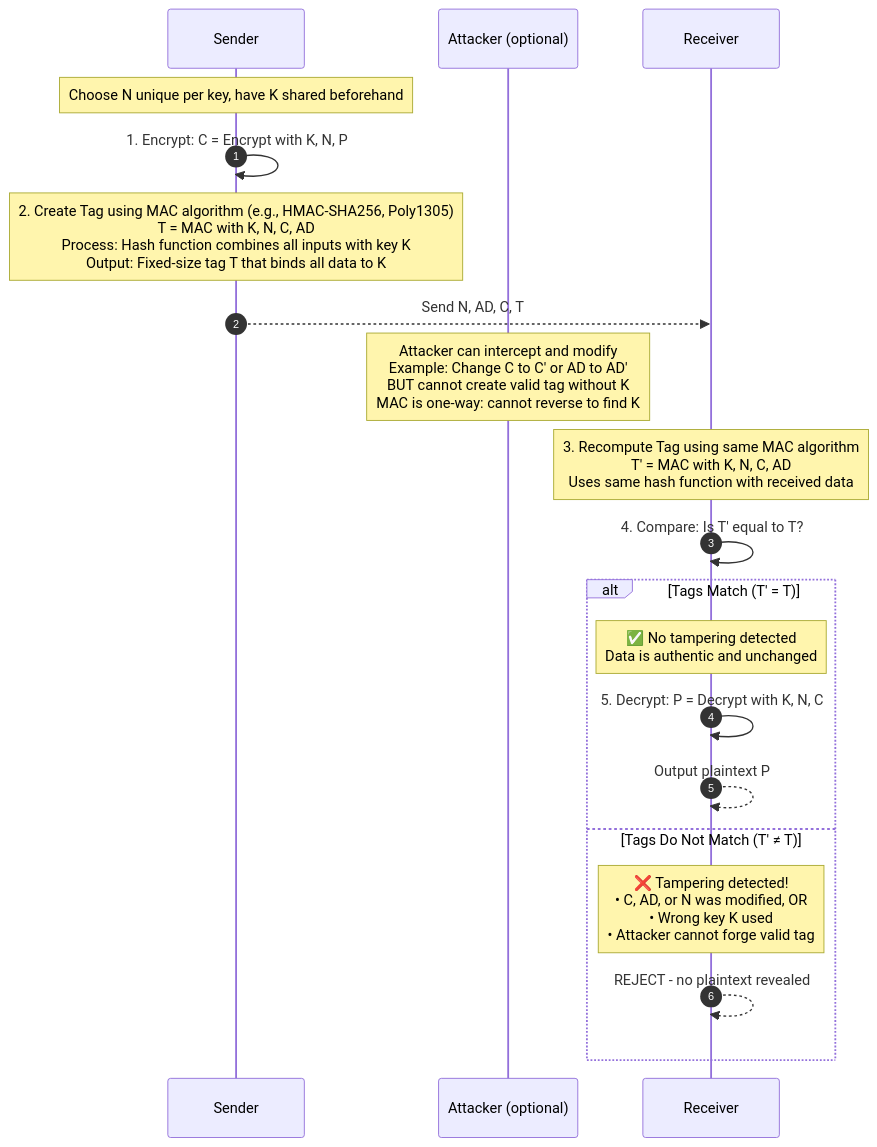
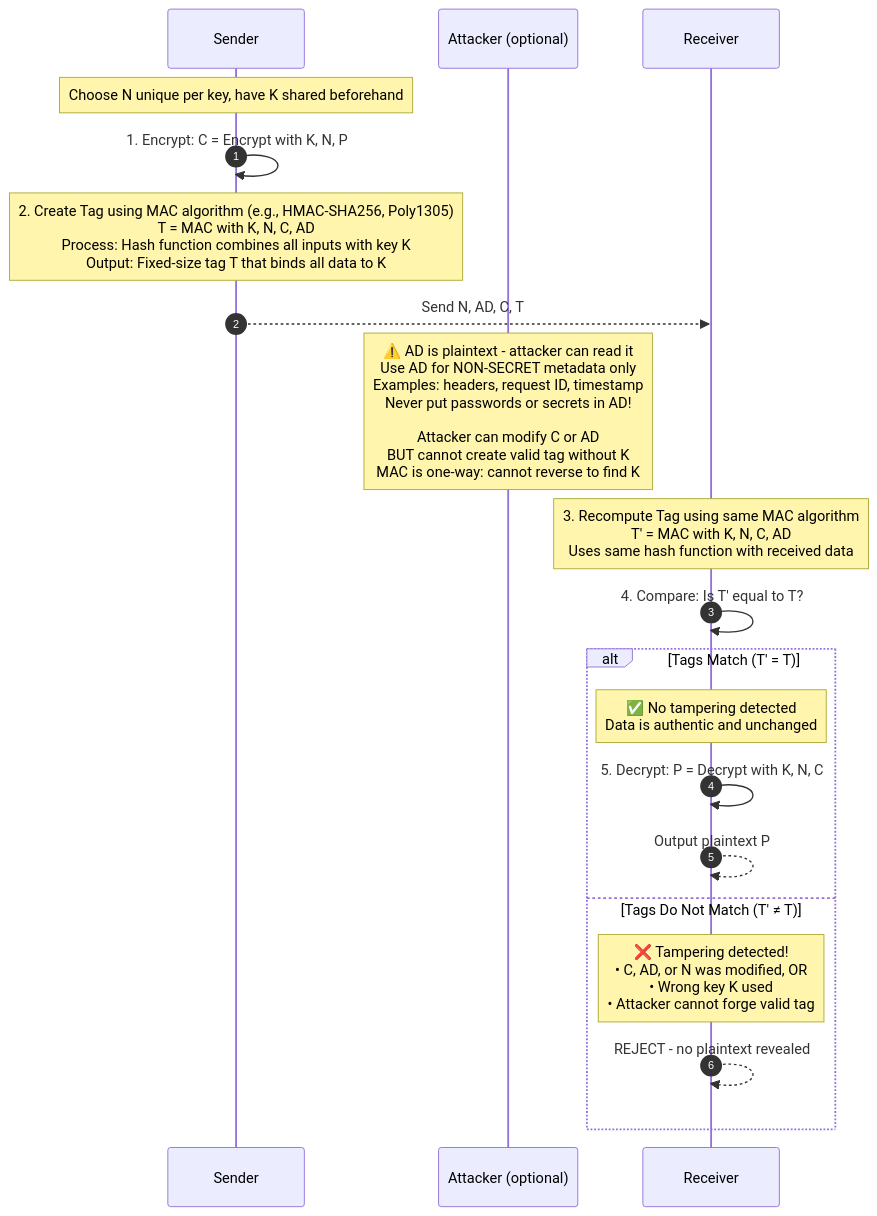
One commit to irahulsawhney/crypto-concepts changed the diagram in diagrams/04-aead-sequence.mmd. Above: the diagram before and after it, drawn with Mermaid. The commit also changed 1 other file, not shown here.

Commit message:
Clarify that AD is plaintext and explain why it's not a security risk

```diff
--- a/diagrams/04-aead-sequence.mmd
+++ b/diagrams/04-aead-sequence.mmd
@@ -1,27 +1,27 @@
 %% AEAD Sequence Diagram - Encryption and Verification Flow
 sequenceDiagram
   autonumber
   participant S as Sender
   participant A as Attacker (optional)
   participant R as Receiver
 
   Note over S: Choose N unique per key, have K shared beforehand
   
   S->>S: 1. Encrypt: C = Encrypt with K, N, P
   Note over S: 2. Create Tag using MAC algorithm (e.g., HMAC-SHA256, Poly1305)<br/>T = MAC with K, N, C, AD<br/>Process: Hash function combines all inputs with key K<br/>Output: Fixed-size tag T that binds all data to K
   
   S-->>R: Send N, AD, C, T
   
-  Note over A: Attacker can intercept and modify<br/>Example: Change C to C' or AD to AD'<br/>BUT cannot create valid tag without K<br/>MAC is one-way: cannot reverse to find K
+  Note over A: ⚠️ AD is plaintext - attacker can read it<br/>Use AD for NON-SECRET metadata only<br/>Examples: headers, request ID, timestamp<br/>Never put passwords or secrets in AD!<br/><br/>Attacker can modify C or AD<br/>BUT cannot create valid tag without K<br/>MAC is one-way: cannot reverse to find K
   
   Note over R: 3. Recompute Tag using same MAC algorithm<br/>T' = MAC with K, N, C, AD<br/>Uses same hash function with received data
   R->>R: 4. Compare: Is T' equal to T?
   
   alt Tags Match (T' = T)
     Note over R: ✅ No tampering detected<br/>Data is authentic and unchanged
     R->>R: 5. Decrypt: P = Decrypt with K, N, C
     R-->>R: Output plaintext P
   else Tags Do Not Match (T' ≠ T)
     Note over R: ❌ Tampering detected!<br/>• C, AD, or N was modified, OR<br/>• Wrong key K used<br/>• Attacker cannot forge valid tag
     R-->>R: REJECT - no plaintext revealed
   end
```
